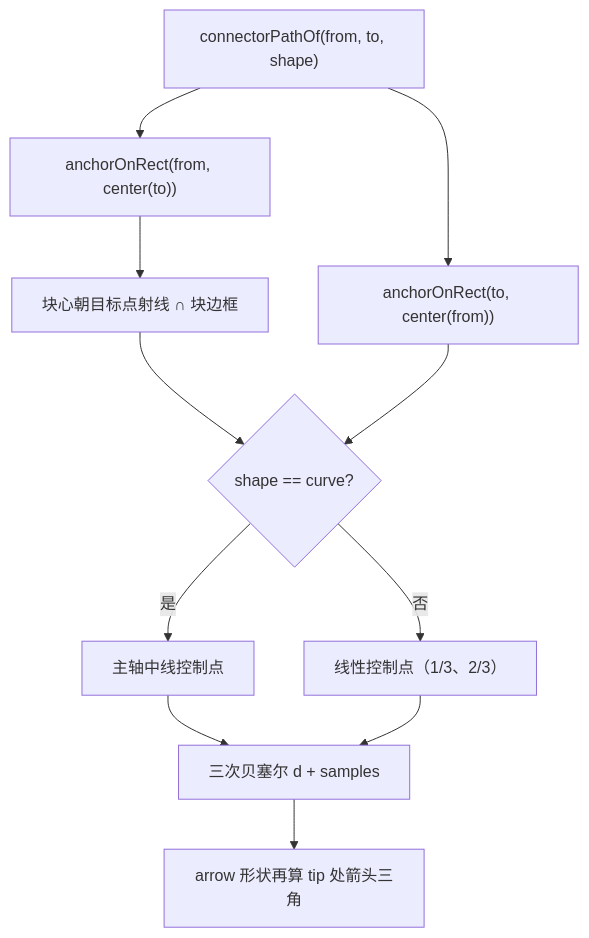
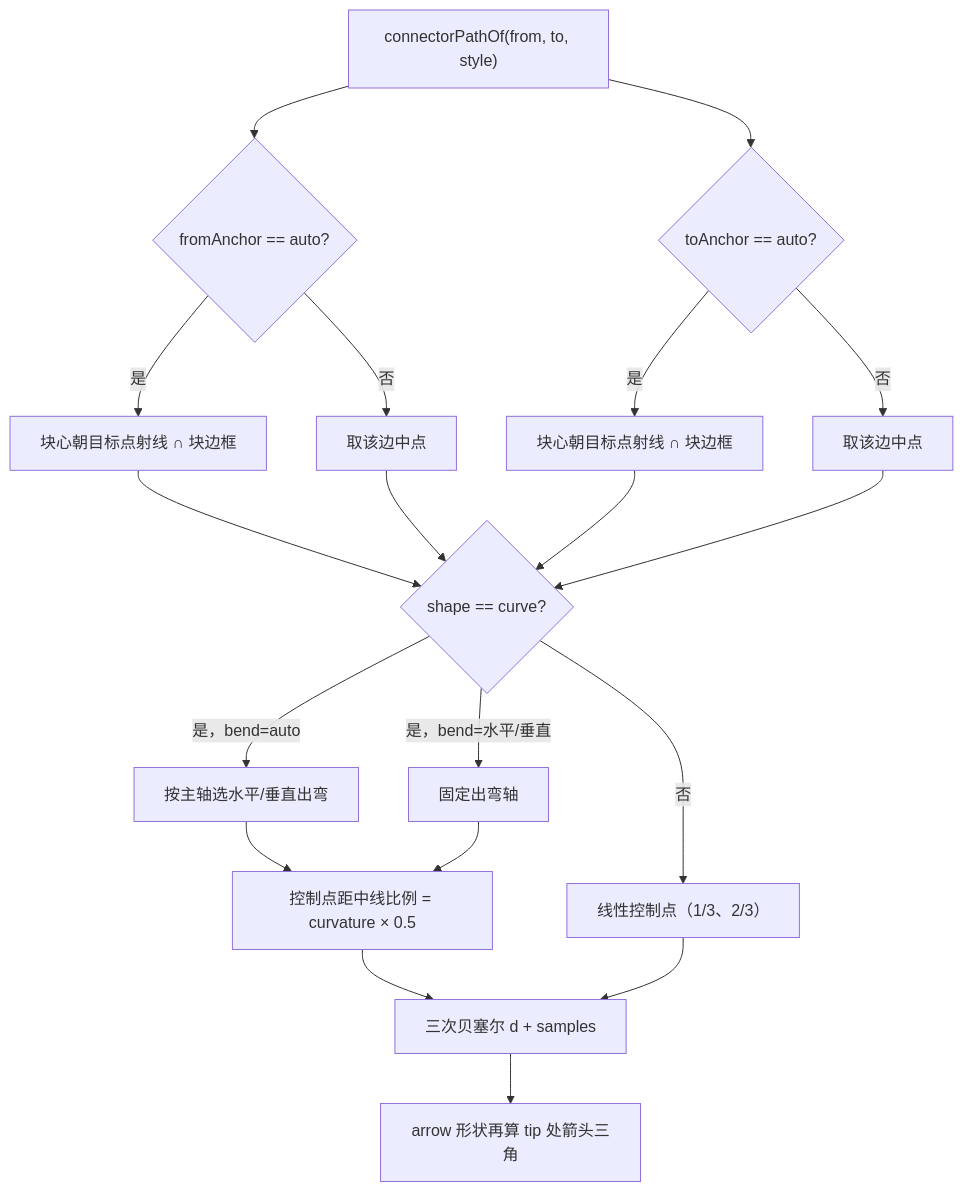
Before and after one commit to LogicAurora/Mindrizzle: the second of 3 diagrams in src/docs/flow/12-annotation.md, drawn with Mermaid. The commit also changed other lines of this file and 6 other files, not shown here.

````diff
--- a/src/docs/flow/12-annotation.md
+++ b/src/docs/flow/12-annotation.md
@@ -31,13 +33,21 @@
 ```mermaid
 flowchart TD
-  A["connectorPathOf(from, to, shape)"] --> B["anchorOnRect(from, center(to))"]
-  B --> C["块心朝目标点射线 ∩ 块边框"]
-  A --> D["anchorOnRect(to, center(from))"]
-  C --> E{"shape == curve?"}
-  D --> E
-  E -->|是| F["主轴中线控制点"]
-  E -->|否| G["线性控制点（1/3、2/3）"]
-  F --> H["三次贝塞尔 d + samples"]
-  G --> H
-  H --> I["arrow 形状再算 tip 处箭头三角"]
+  A["connectorPathOf(from, to, style)"] --> B{"fromAnchor == auto?"}
+  B -->|是| C["块心朝目标点射线 ∩ 块边框"]
+  B -->|否| C2["取该边中点"]
+  A --> D{"toAnchor == auto?"}
+  D -->|是| E["块心朝目标点射线 ∩ 块边框"]
+  D -->|否| E2["取该边中点"]
+  C --> F{"shape == curve?"}
+  C2 --> F
+  E --> F
+  E2 --> F
+  F -->|"是，bend=auto"| G["按主轴选水平/垂直出弯"]
+  F -->|"是，bend=水平/垂直"| G2["固定出弯轴"]
+  F -->|否| H["线性控制点（1/3、2/3）"]
+  G --> I["控制点距中线比例 = curvature × 0.5"]
+  G2 --> I
+  I --> J["三次贝塞尔 d + samples"]
+  H --> J
+  J --> K["arrow 形状再算 tip 处箭头三角"]
 ```
````
